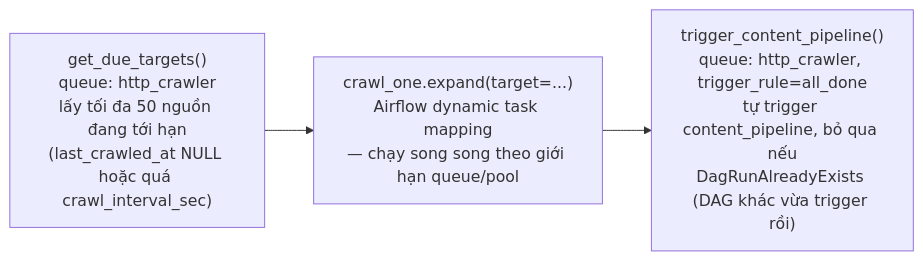
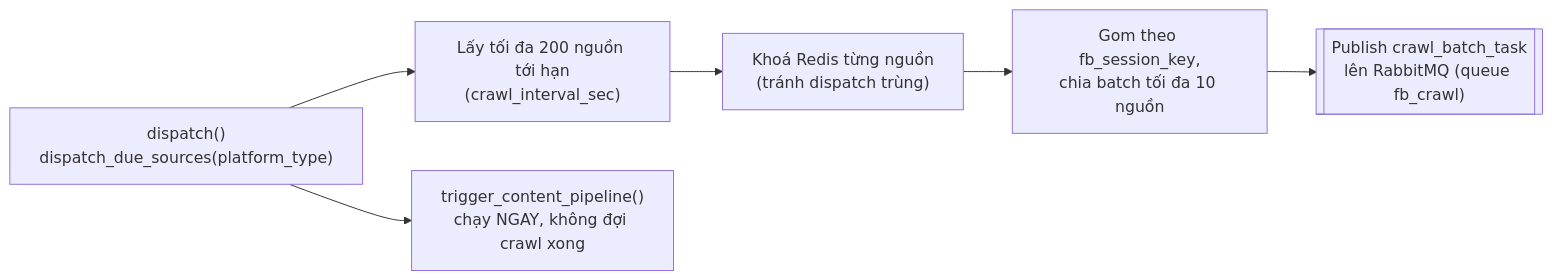
The second of 4 diagrams in docs/dag-flow.md (ctkai01/clawler_platform), drawn with Mermaid before and after one commit. The commit also changed other lines of this file, not shown here.

First line of the commit message:
Rewrite dag-flow.md to match the RabbitMQ/AccountPool architecture

````diff
--- a/docs/dag-flow.md
+++ b/docs/dag-flow.md
@@ -38,7 +50,11 @@
 ```mermaid
 flowchart LR
-    A["get_due_targets()<br/>queue: http_crawler<br/>lấy tối đa 50 nguồn đang tới hạn<br/>(last_crawled_at NULL hoặc quá crawl_interval_sec)"]
-    B["crawl_one.expand(target=...)<br/>Airflow dynamic task mapping<br/>— chạy song song theo giới hạn queue/pool"]
-    C["trigger_content_pipeline()<br/>queue: http_crawler, trigger_rule=all_done<br/>tự trigger content_pipeline, bỏ qua nếu<br/>DagRunAlreadyExists (DAG khác vừa trigger rồi)"]
-    A --> B --> C
+    A["dispatch()<br/>dispatch_due_sources(platform_type)"]
+    B["Lấy tối đa 200 nguồn tới hạn<br/>(crawl_interval_sec)"]
+    C["Khoá Redis từng nguồn<br/>(tránh dispatch trùng)"]
+    D["Gom theo fb_session_key,<br/>chia batch tối đa 10 nguồn"]
+    E[["Publish crawl_batch_task<br/>lên RabbitMQ (queue fb_crawl)"]]
+    F["trigger_content_pipeline()<br/>chạy NGAY, không đợi crawl xong"]
+    A --> B --> C --> D --> E
+    A --> F
 ```
````
